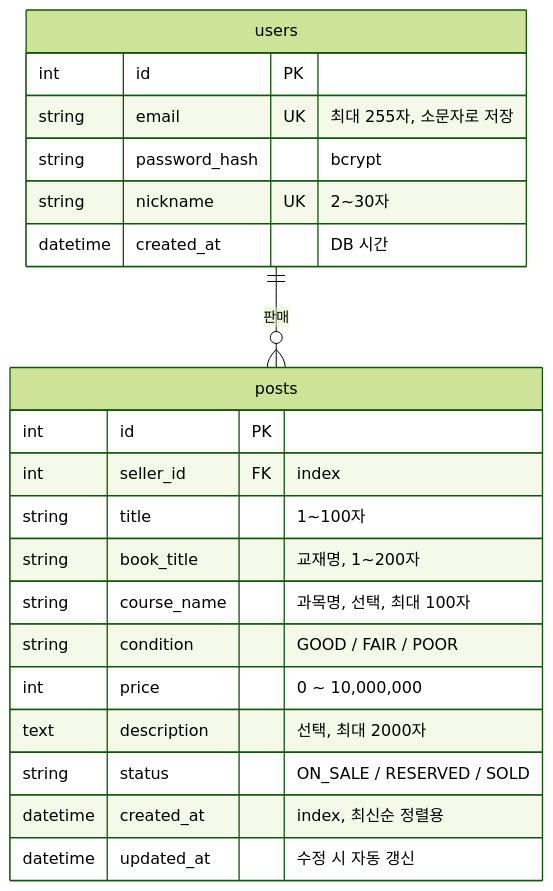
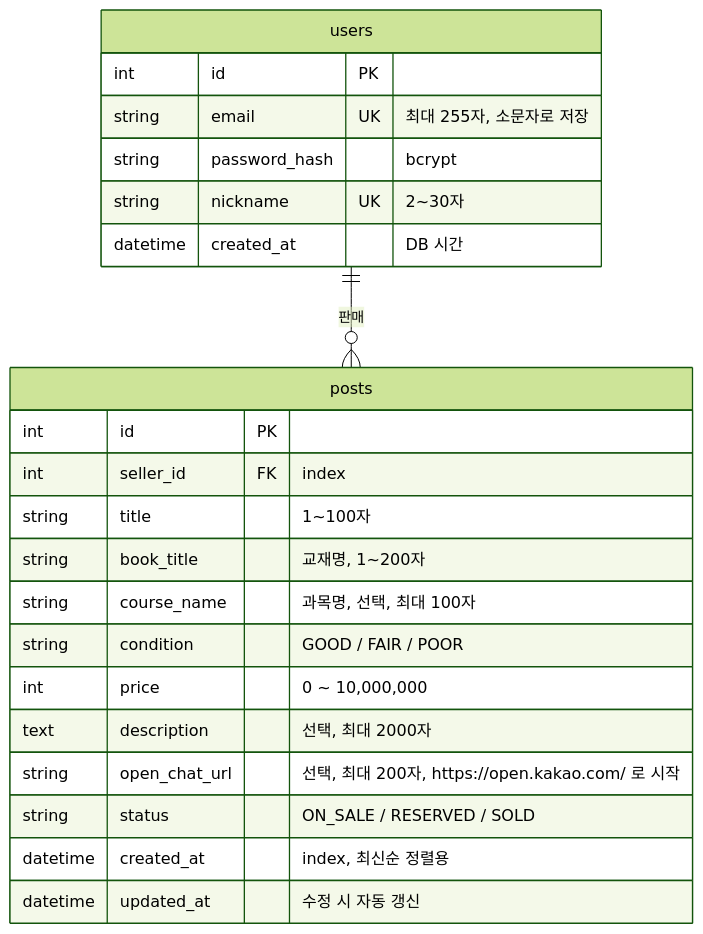
One commit to kim123-dev/campus-books changed the second of 3 diagrams in README.md. Above: the diagram before and after it, drawn with Mermaid (forest theme). The commit also changed other lines of this file and 12 other files, not shown here.

````diff
--- a/README.md
+++ b/README.md
@@ -176,26 +177,27 @@
 ```mermaid
 erDiagram
     users ||--o{ posts : "판매"
 
     users {
         int id PK
         string email UK "최대 255자, 소문자로 저장"
         string password_hash "bcrypt"
         string nickname UK "2~30자"
         datetime created_at "DB 시간"
     }
 
     posts {
         int id PK
         int seller_id FK "index"
         string title "1~100자"
         string book_title "교재명, 1~200자"
         string course_name "과목명, 선택, 최대 100자"
         string condition "GOOD / FAIR / POOR"
         int price "0 ~ 10,000,000"
         text description "선택, 최대 2000자"
+        string open_chat_url "선택, 최대 200자, https://open.kakao.com/ 로 시작"
         string status "ON_SALE / RESERVED / SOLD"
         datetime created_at "index, 최신순 정렬용"
         datetime updated_at "수정 시 자동 갱신"
     }
 ```
````
